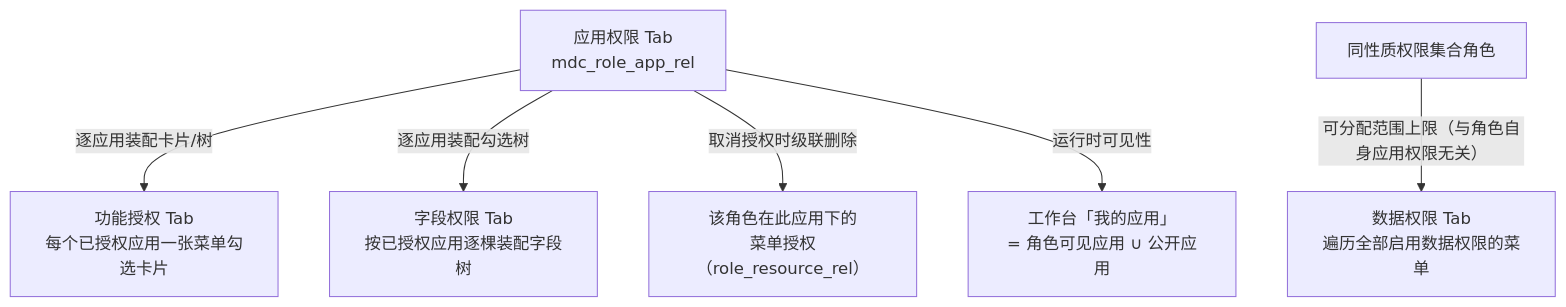
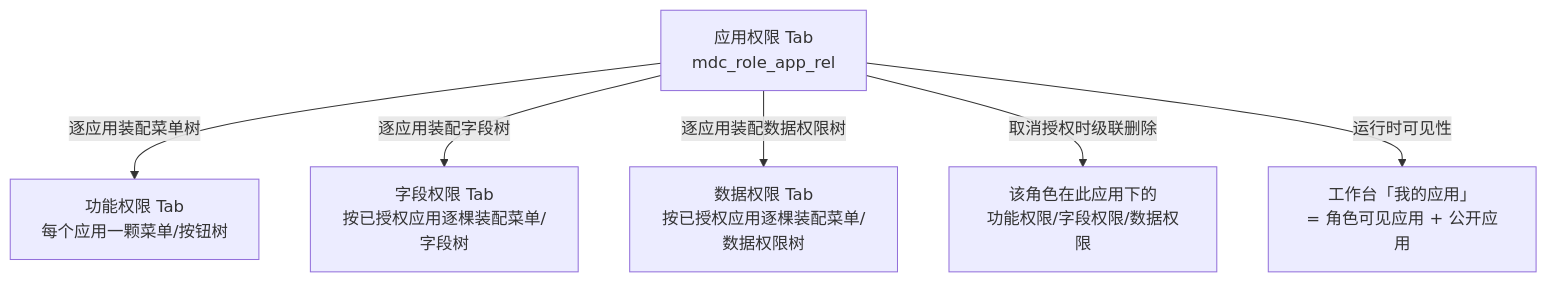
The second of 2 diagrams in src/doc/advanced/角色管理.md (henhen6/mdp-docs), drawn with Mermaid before and after one commit. The commit also changed other lines of this file and 1 other file, not shown here.

````diff
--- a/src/doc/advanced/角色管理.md
+++ b/src/doc/advanced/角色管理.md
@@ -111,8 +104,8 @@
 ```mermaid
 flowchart TB
-    APP["应用权限 Tab<br/>mdc_role_app_rel"] -->|"逐应用装配卡片/树"| FUNC["功能授权 Tab<br/>每个已授权应用一张菜单勾选卡片"]
-    APP -->|"逐应用装配勾选树"| FIELD["字段权限 Tab<br/>按已授权应用逐棵装配字段树"]
-    APP -->|"取消授权时级联删除"| CASCADE["该角色在此应用下的<br/>菜单授权（role_resource_rel）"]
-    APP -->|"运行时可见性"| WORKBENCH["工作台「我的应用」<br/>= 角色可见应用 ∪ 公开应用"]
-    COLL["同性质权限集合角色"] -->|"可分配范围上限（与角色自身应用权限无关）"| DATA["数据权限 Tab<br/>遍历全部启用数据权限的菜单"]
+    APP["应用权限 Tab<br/>mdc_role_app_rel"] -->|"逐应用装配菜单树"| FUNC["功能权限 Tab<br/>每个应用一颗菜单/按钮树"]
+    APP -->|"逐应用装配字段树"| FIELD["字段权限 Tab<br/>按已授权应用逐棵装配菜单/字段树"]
+    APP -->|"逐应用装配数据权限树"| DATAS["数据权限 Tab<br/>按已授权应用逐棵装配菜单/数据权限树"]
+    APP -->|"取消授权时级联删除"| CASCADE["该角色在此应用下的<br/>功能权限/字段权限/数据权限"]
+    APP -->|"运行时可见性"| WORKBENCH["工作台「我的应用」<br/>= 角色可见应用 + 公开应用"]
 ```
````
